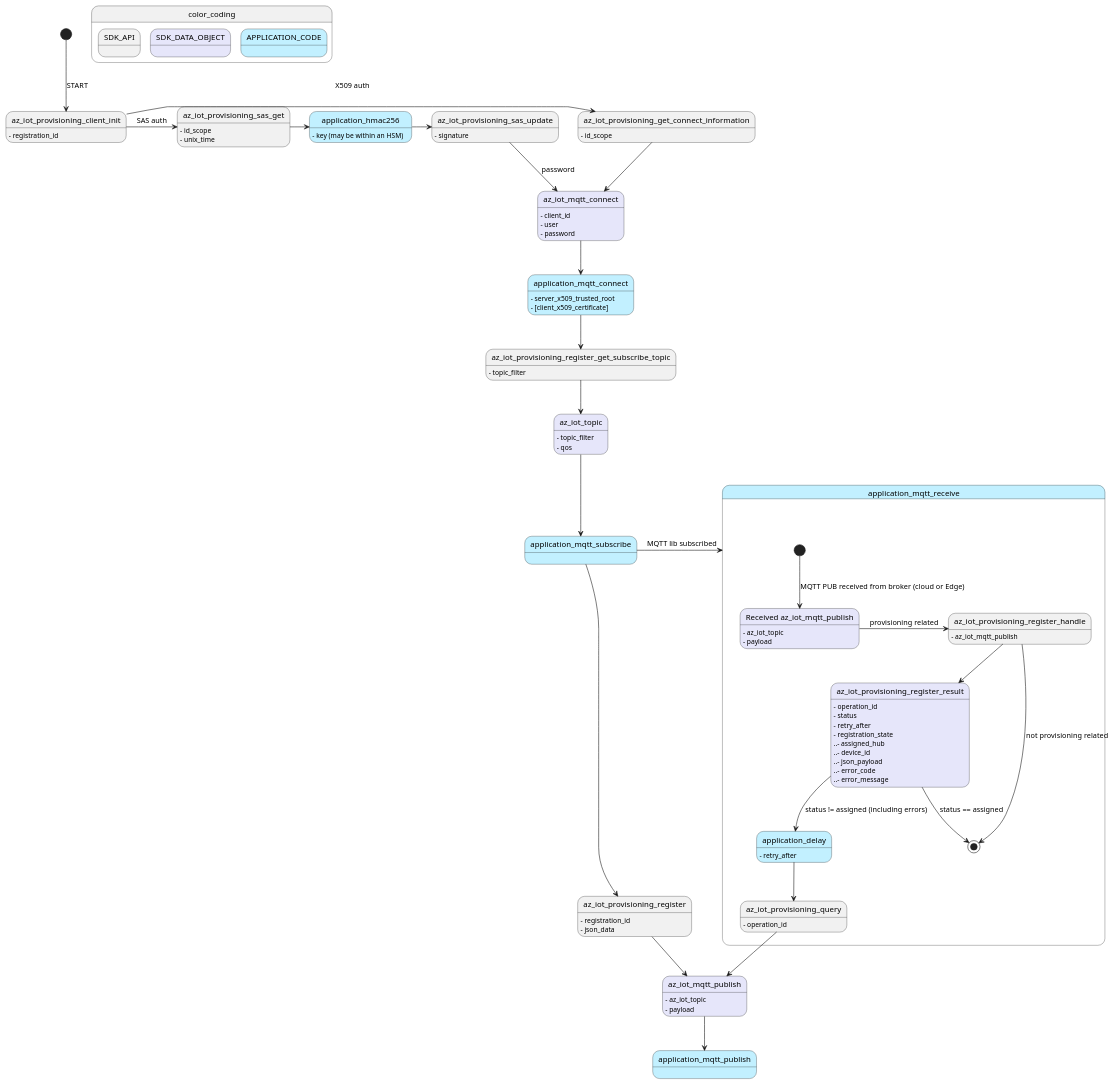
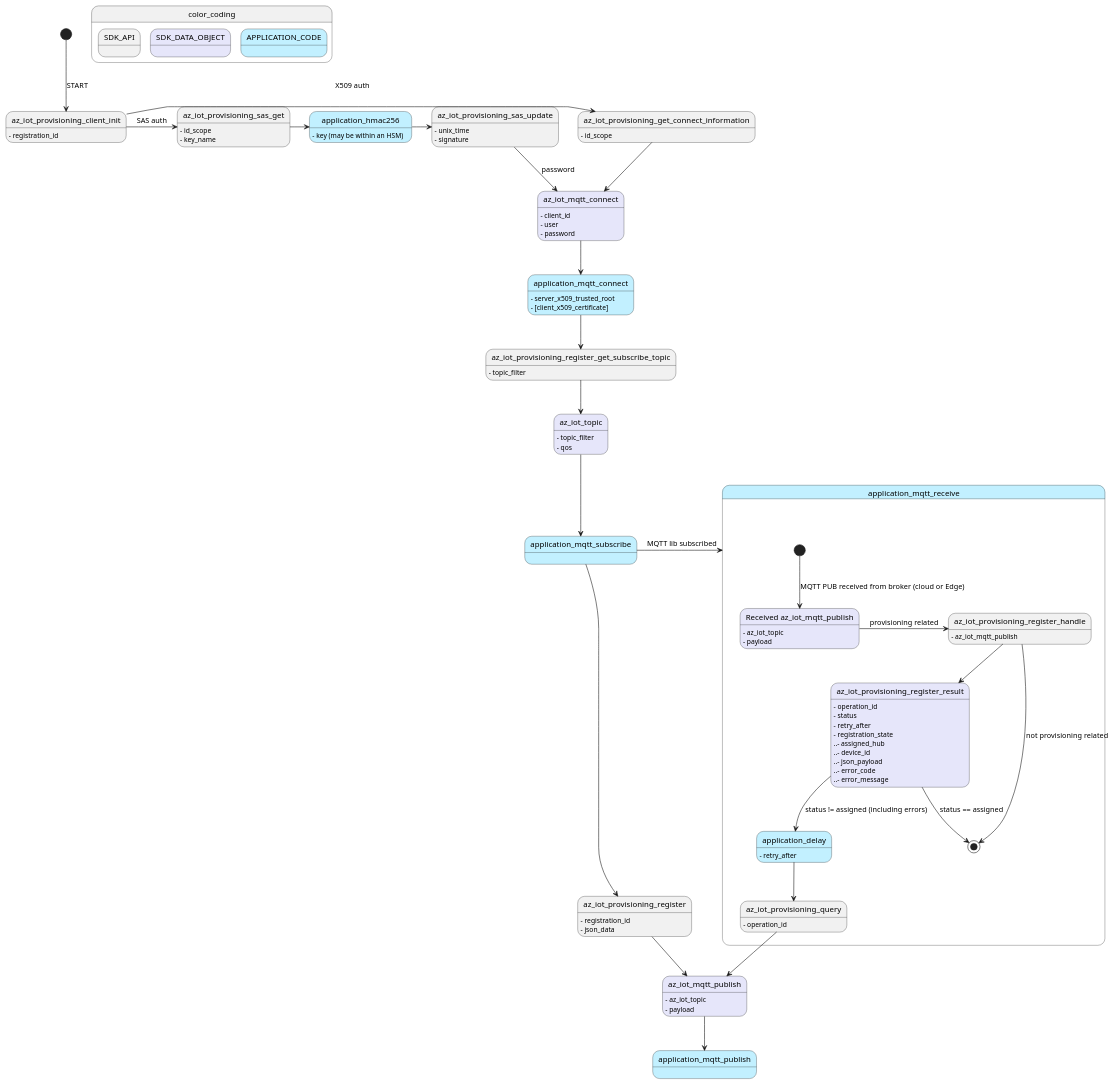
One commit to Azure/azure-sdk-for-c changed the diagram in sdk/iot/docs/iot_provisioning_flow.puml. Above: the diagram before and after it, drawn with PlantUML. The commit also changed 4 other files, not shown here.

```diff
--- a/sdk/iot/docs/iot_provisioning_flow.puml
+++ b/sdk/iot/docs/iot_provisioning_flow.puml
@@ -1,112 +1,113 @@
 @startuml
 
 skinparam state {
     BackgroundColor<<APP>> APPLICATION
     BackgroundColor<<STRUCT>> Lavender
 }
 
 state color_coding {
     state SDK_API
     state SDK_DATA_OBJECT <<STRUCT>>
     state APPLICATION_CODE <<APP>>
 }
 
 ' Init
 [*] --> az_iot_provisioning_client_init: START
 az_iot_provisioning_client_init -> az_iot_provisioning_get_connect_information : X509 auth
 az_iot_provisioning_get_connect_information -> az_iot_mqtt_connect
 state application_mqtt_connect <<APP>>
 az_iot_mqtt_connect --> application_mqtt_connect
 
 ' Optional SAS token generation:
 az_iot_provisioning_client_init -> az_iot_provisioning_sas_get : SAS auth
 az_iot_provisioning_sas_get -> application_hmac256
 application_hmac256 -> az_iot_provisioning_sas_update
 az_iot_provisioning_sas_update --> az_iot_mqtt_connect : password
 state application_hmac256 <<APP>>
 
 ' Subscribe
 application_mqtt_connect --> az_iot_provisioning_register_get_subscribe_topic
 az_iot_provisioning_register_get_subscribe_topic --> az_iot_topic
 az_iot_topic --> application_mqtt_subscribe
 state application_mqtt_subscribe <<APP>>
 application_mqtt_subscribe -> application_mqtt_receive : MQTT lib subscribed
 
 ' Register
 application_mqtt_subscribe --> az_iot_provisioning_register
 az_iot_provisioning_register --> az_iot_mqtt_publish
 az_iot_mqtt_publish --> application_mqtt_publish
 state application_mqtt_publish <<APP>>
 
 state application_mqtt_receive <<APP>> { 
 ' MQTT PUB received
     state "Received az_iot_mqtt_publish" as recv_pub
     [*] --> recv_pub: MQTT PUB received from broker (cloud or Edge)
     recv_pub -> az_iot_provisioning_register_handle : provisioning related
     az_iot_provisioning_register_handle --> az_iot_provisioning_register_result
     az_iot_provisioning_register_handle --> [*] : not provisioning related
 
     az_iot_provisioning_register_result --> [*] : status == assigned
     az_iot_provisioning_register_result --> application_delay : status != assigned (including errors)
     state application_delay <<APP>>
     application_delay --> az_iot_provisioning_query
     az_iot_provisioning_query --> az_iot_mqtt_publish
 }
 
 ' Common MQTT data objects
 state az_iot_mqtt_connect <<STRUCT>>
 az_iot_mqtt_connect : - client_id
 az_iot_mqtt_connect : - user
 az_iot_mqtt_connect : - password
 
 state az_iot_topic <<STRUCT>>
 az_iot_topic : - topic_filter
 az_iot_topic : - qos
 
 state az_iot_mqtt_publish <<STRUCT>>
 az_iot_mqtt_publish : - az_iot_topic
 az_iot_mqtt_publish : - payload
 
 ' Just for diagram purposes:
 state "Received az_iot_mqtt_publish" as recv_pub <<STRUCT>>
 recv_pub : - az_iot_topic
 recv_pub : - payload
 
 ' Provisioning client:
 az_iot_provisioning_client_init : - registration_id
 
 az_iot_provisioning_get_connect_information : - id_scope
 
 ' SAS Tokens
 az_iot_provisioning_sas_get : - id_scope
-az_iot_provisioning_sas_get : - unix_time
+az_iot_provisioning_sas_get : - key_name
+az_iot_provisioning_sas_update : - unix_time
 az_iot_provisioning_sas_update : - signature
 
 ' Subscribe
 az_iot_provisioning_register_get_subscribe_topic : - topic_filter
 
 az_iot_provisioning_register : - registration_id
 az_iot_provisioning_register : - json_data
 
 az_iot_provisioning_register_handle : - az_iot_mqtt_publish
 
 state az_iot_provisioning_register_result <<STRUCT>>
 az_iot_provisioning_register_result : - operation_id
 az_iot_provisioning_register_result : - status
 az_iot_provisioning_register_result : - retry_after
 az_iot_provisioning_register_result : - registration_state
 az_iot_provisioning_register_result : ..- assigned_hub
 az_iot_provisioning_register_result : ..- device_id
 az_iot_provisioning_register_result : ..- json_payload
 az_iot_provisioning_register_result : ..- error_code
 az_iot_provisioning_register_result : ..- error_message
 
 az_iot_provisioning_query : - operation_id
 
 ' Application interfaces
 application_mqtt_connect : - server_x509_trusted_root
 application_mqtt_connect : - [client_x509_certificate]
 application_delay : - retry_after
 application_hmac256 : - key (may be within an HSM)
 
 @enduml
```
